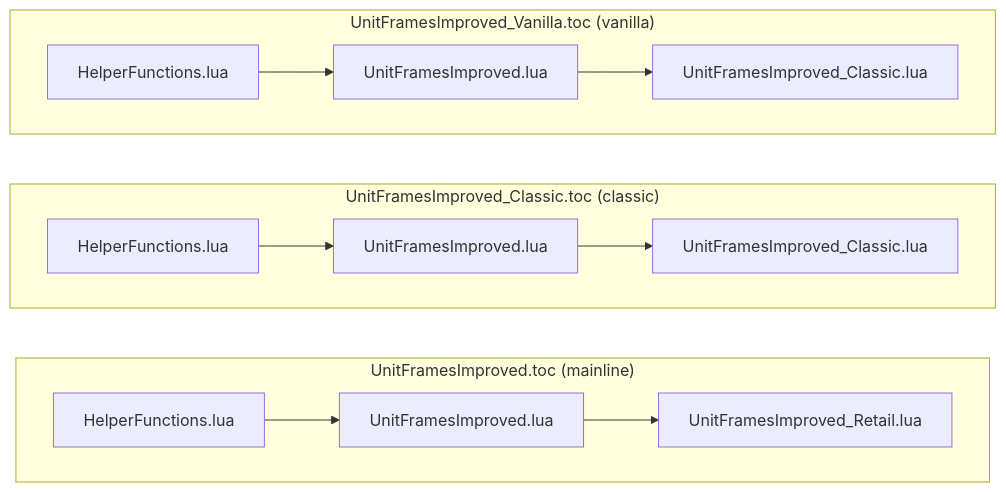
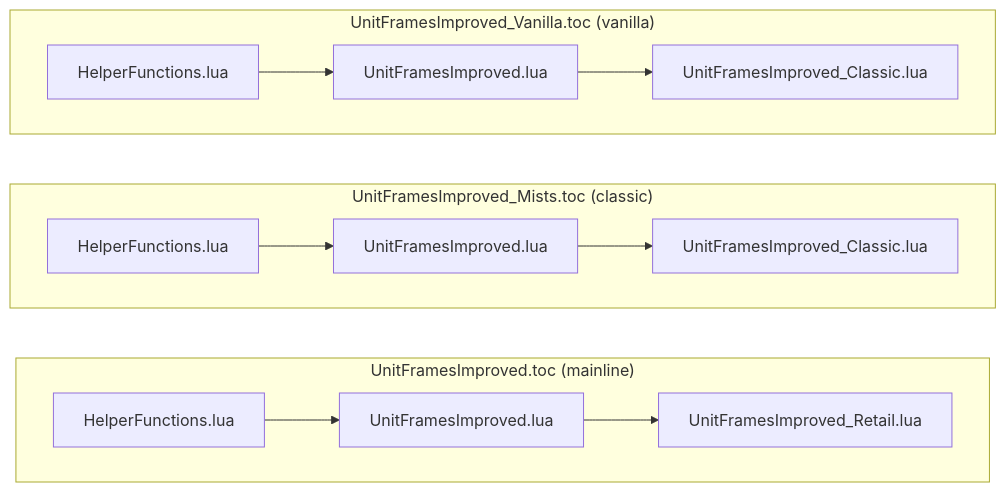
The first of 5 diagrams in ARCHITECTURE.md (kiforsbe/UnitFramesImproved), drawn with Mermaid before and after one commit. The commit also changed 5 other files, not shown here.

````diff
--- a/ARCHITECTURE.md
+++ b/ARCHITECTURE.md
@@ -31,15 +31,15 @@
 ```mermaid
 flowchart LR
     subgraph R["UnitFramesImproved.toc (mainline)"]
         direction LR
         H1[HelperFunctions.lua] --> S1[UnitFramesImproved.lua] --> F1[UnitFramesImproved_Retail.lua]
     end
-    subgraph C["UnitFramesImproved_Classic.toc (classic)"]
+    subgraph C["UnitFramesImproved_Mists.toc (classic)"]
         direction LR
         H2[HelperFunctions.lua] --> S2[UnitFramesImproved.lua] --> F2[UnitFramesImproved_Classic.lua]
     end
     subgraph V["UnitFramesImproved_Vanilla.toc (vanilla)"]
         direction LR
         H3[HelperFunctions.lua] --> S3[UnitFramesImproved.lua] --> F3[UnitFramesImproved_Classic.lua]
     end
 ```
````
